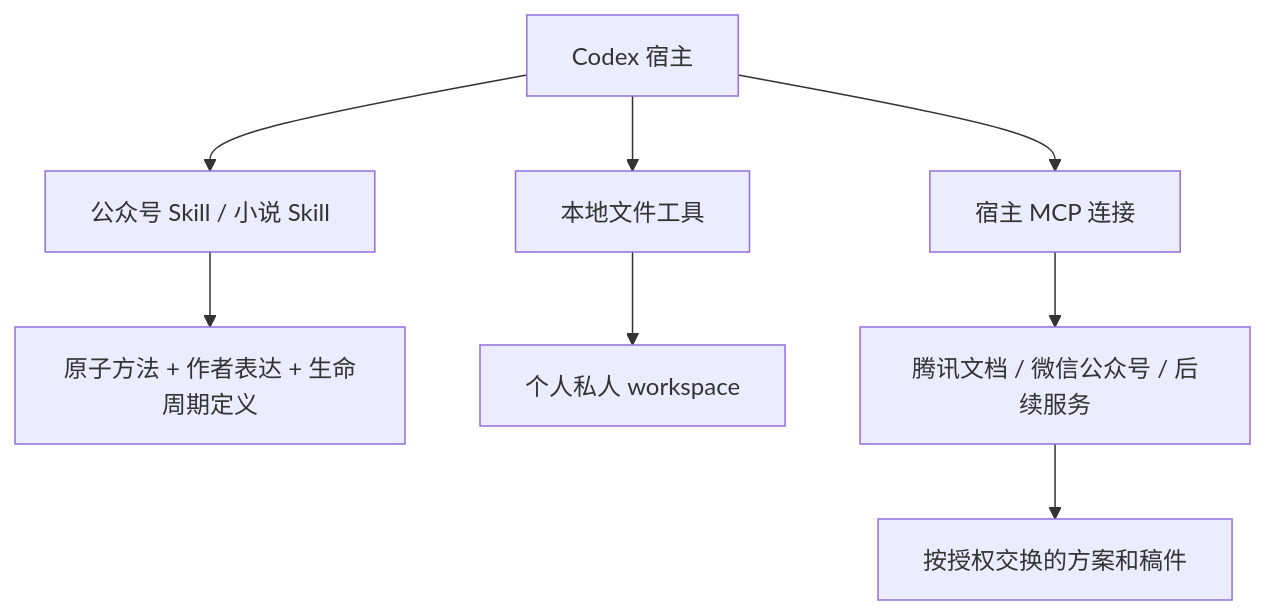
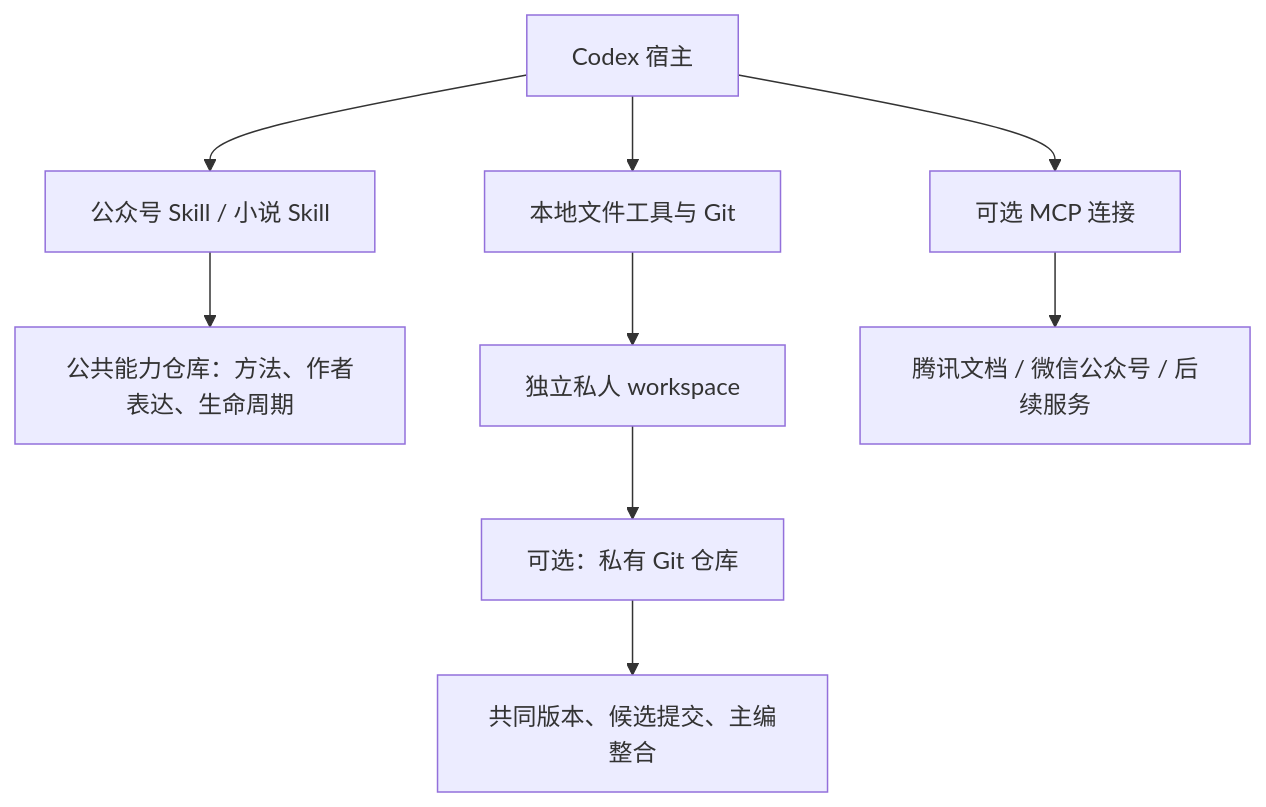
One commit to yeliang-wang/touge-writing changed the diagram in README.md. Above: the diagram before and after it, drawn with Mermaid. The commit also changed other lines of this file and 64 other files, not shown here.

````diff
--- a/README.md
+++ b/README.md
@@ -32,10 +32,11 @@
 ```mermaid
 flowchart TD
     H[Codex 宿主] --> W[公众号 Skill / 小说 Skill]
-    W --> C[原子方法 + 作者表达 + 生命周期定义]
-    H --> T[本地文件工具]
-    T --> P[个人私人 workspace]
-    H --> M[宿主 MCP 连接]
+    W --> C[公共能力仓库：方法、作者表达、生命周期]
+    H --> T[本地文件工具与 Git]
+    T --> P[独立私人 workspace]
+    P --> G[可选：私有 Git 仓库]
+    G --> R[共同版本、候选提交、主编整合]
+    H --> M[可选 MCP 连接]
     M --> E[腾讯文档 / 微信公众号 / 后续服务]
-    E --> S[按授权交换的方案和稿件]
 ```
````
